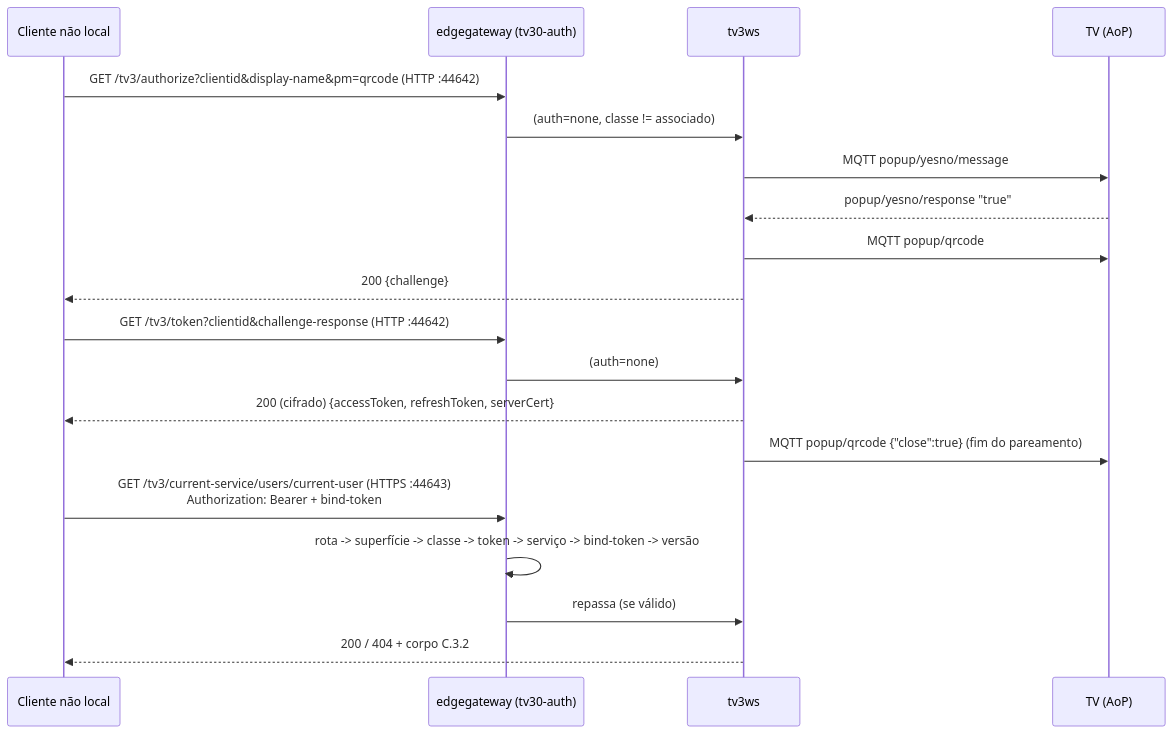
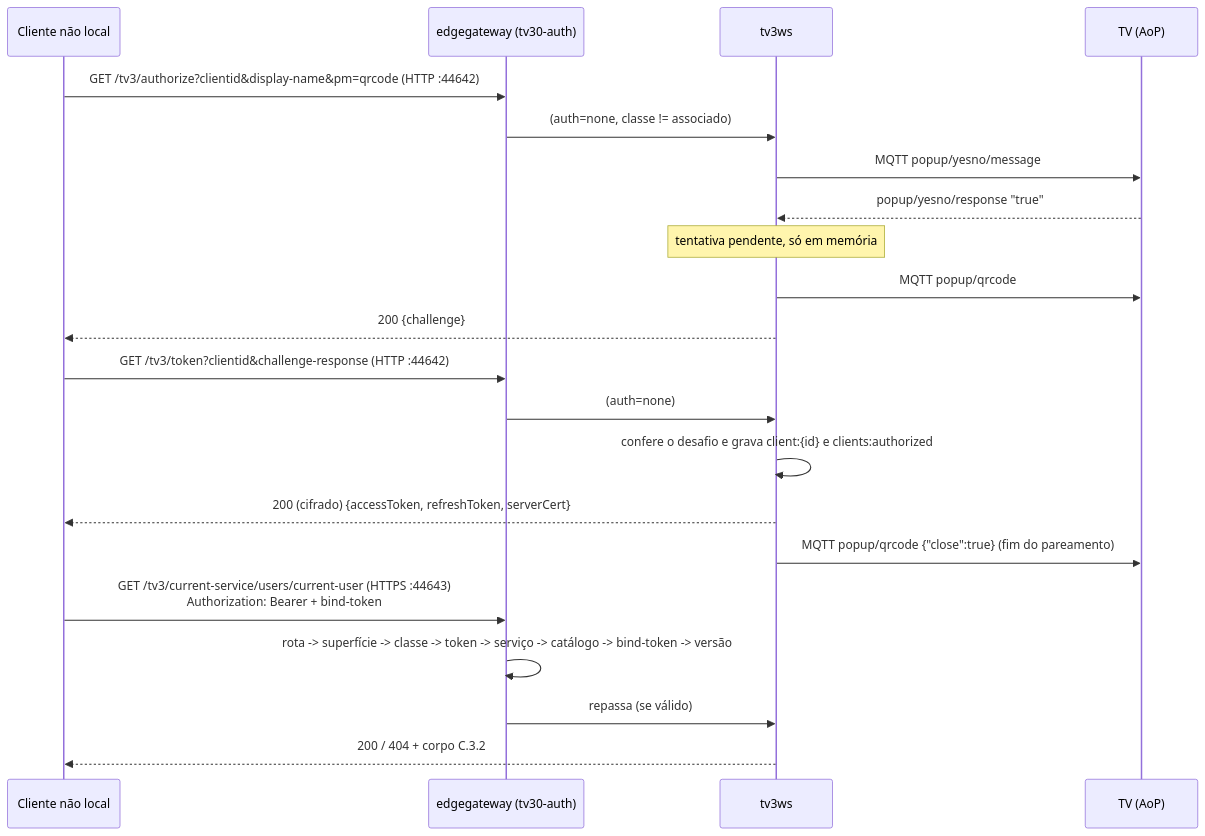
One commit to multisens/Infra changed the first of 3 diagrams in docs/05-autenticacao.md. Above: the diagram before and after it, drawn with Mermaid. The commit also changed other lines of this file and 27 other files, not shown here.

````diff
--- a/docs/05-autenticacao.md
+++ b/docs/05-autenticacao.md
@@ -74,22 +76,24 @@
 ```mermaid
 sequenceDiagram
     participant C as Cliente não local
     participant E as edgegateway (tv30-auth)
     participant T as tv3ws
     participant TV as TV (AoP)
 
     C->>E: GET /tv3/authorize?clientid&display-name&pm=qrcode (HTTP :44642)
     E->>T: (auth=none, classe != associado)
     T->>TV: MQTT popup/yesno/message
     TV-->>T: popup/yesno/response "true"
+    Note over T: tentativa pendente, só em memória
     T->>TV: MQTT popup/qrcode
     T-->>C: 200 {challenge}
     C->>E: GET /tv3/token?clientid&challenge-response (HTTP :44642)
     E->>T: (auth=none)
+    T->>T: confere o desafio e grava client:{id} e clients:authorized
     T-->>C: 200 (cifrado) {accessToken, refreshToken, serverCert}
     T->>TV: MQTT popup/qrcode {"close":true} (fim do pareamento)
     C->>E: GET /tv3/current-service/users/current-user (HTTPS :44643)<br/>Authorization: Bearer + bind-token
-    E->>E: rota -> superfície -> classe -> token -> serviço -> bind-token -> versão
+    E->>E: rota -> superfície -> classe -> token -> serviço -> catálogo -> bind-token -> versão
     E->>T: repassa (se válido)
     T-->>C: 200 / 404 + corpo C.3.2
 ```
````
